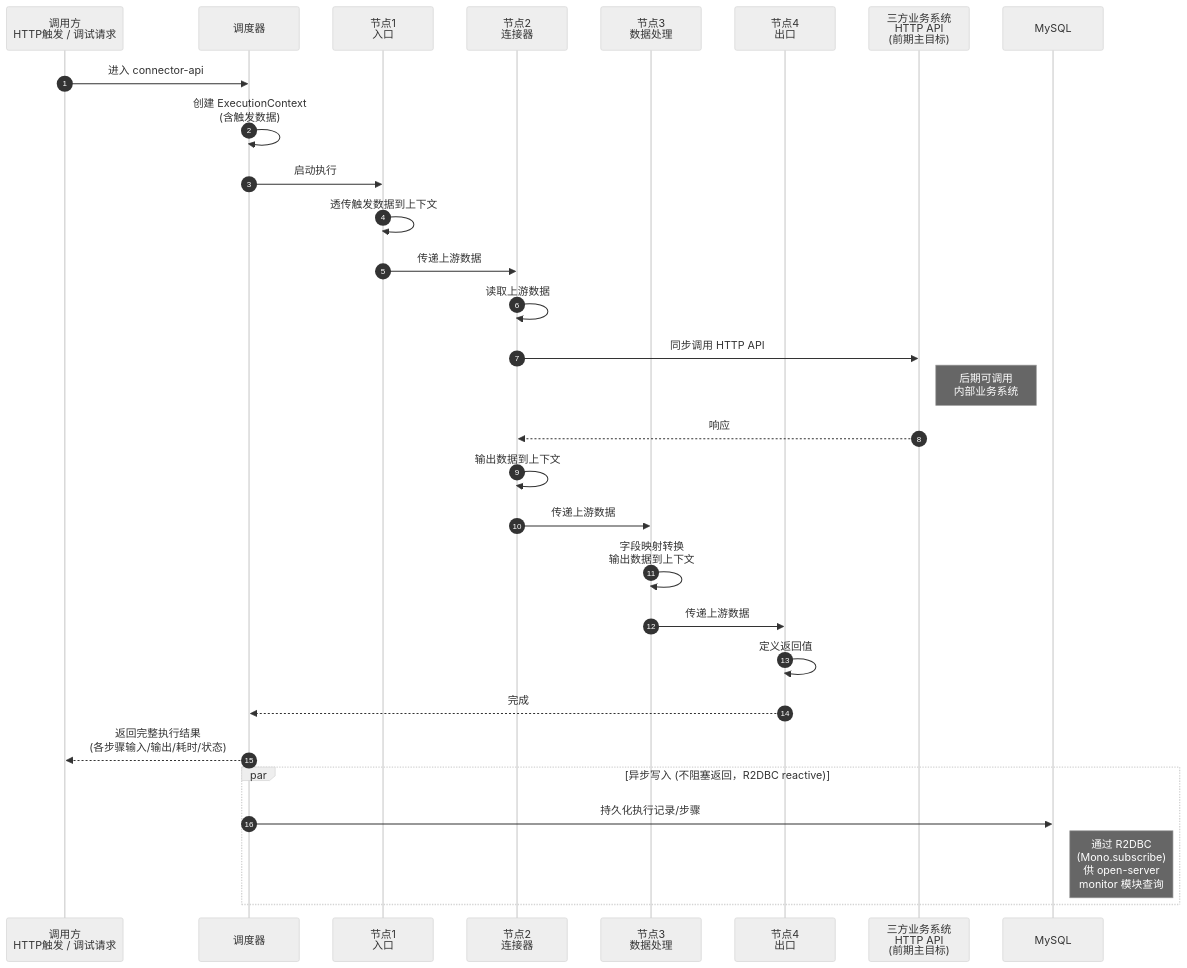
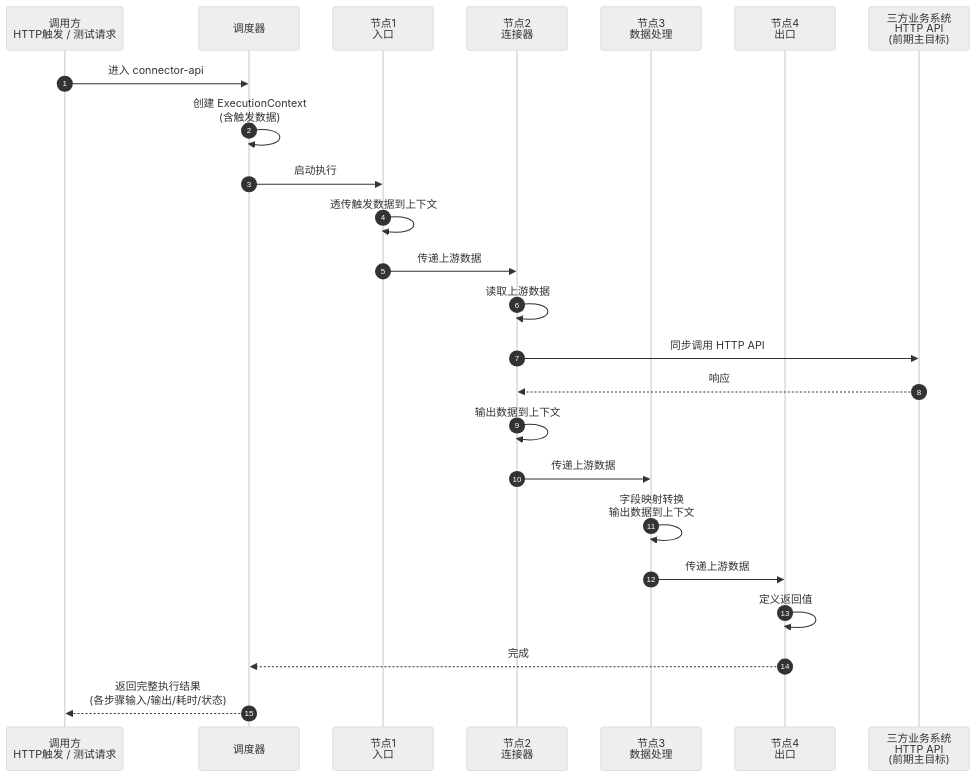
One commit to THZSummer/open-app changed the sixth of 8 diagrams in .sddu/specs-tree-root/specs-tree-connector-platform/plan.md. Above: the diagram before and after it, drawn with Mermaid (neutral theme). The commit also changed other lines of this file and 3 other files, not shown here.

````diff
--- a/.sddu/specs-tree-root/specs-tree-connector-platform/plan.md
+++ b/.sddu/specs-tree-root/specs-tree-connector-platform/plan.md
@@ -340,34 +314,27 @@
 ```mermaid
 sequenceDiagram
     autonumber
-    participant Caller as 调用方<br/>HTTP触发 / 调试请求
+    participant Caller as 调用方<br/>HTTP触发 / 测试请求
     participant Sched as 调度器
     participant N1 as 节点1<br/>入口
     participant N2 as 节点2<br/>连接器
     participant N3 as 节点3<br/>数据处理
     participant N4 as 节点4<br/>出口
     participant Target as 三方业务系统<br/>HTTP API<br/>(前期主目标)
-    participant MySQL as MySQL
 
     Caller->>Sched: 进入 connector-api
     Sched->>Sched: 创建 ExecutionContext<br/>(含触发数据)
     Sched->>N1: 启动执行
     N1->>N1: 透传触发数据到上下文
     N1->>N2: 传递上游数据
     N2->>N2: 读取上游数据
     N2->>Target: 同步调用 HTTP API
-    Note right of Target: 后期可调用<br/>内部业务系统
     Target-->>N2: 响应
     N2->>N2: 输出数据到上下文
     N2->>N3: 传递上游数据
     N3->>N3: 字段映射转换<br/>输出数据到上下文
     N3->>N4: 传递上游数据
     N4->>N4: 定义返回值
     N4-->>Sched: 完成
     Sched-->>Caller: 返回完整执行结果<br/>(各步骤输入/输出/耗时/状态)
-
-    par 异步写入 (不阻塞返回，R2DBC reactive)
-        Sched->>MySQL: 持久化执行记录/步骤
-        Note right of MySQL: 通过 R2DBC<br/>(Mono.subscribe)<br/>供 open-server<br/>monitor 模块查询
-    end
 ```
````
